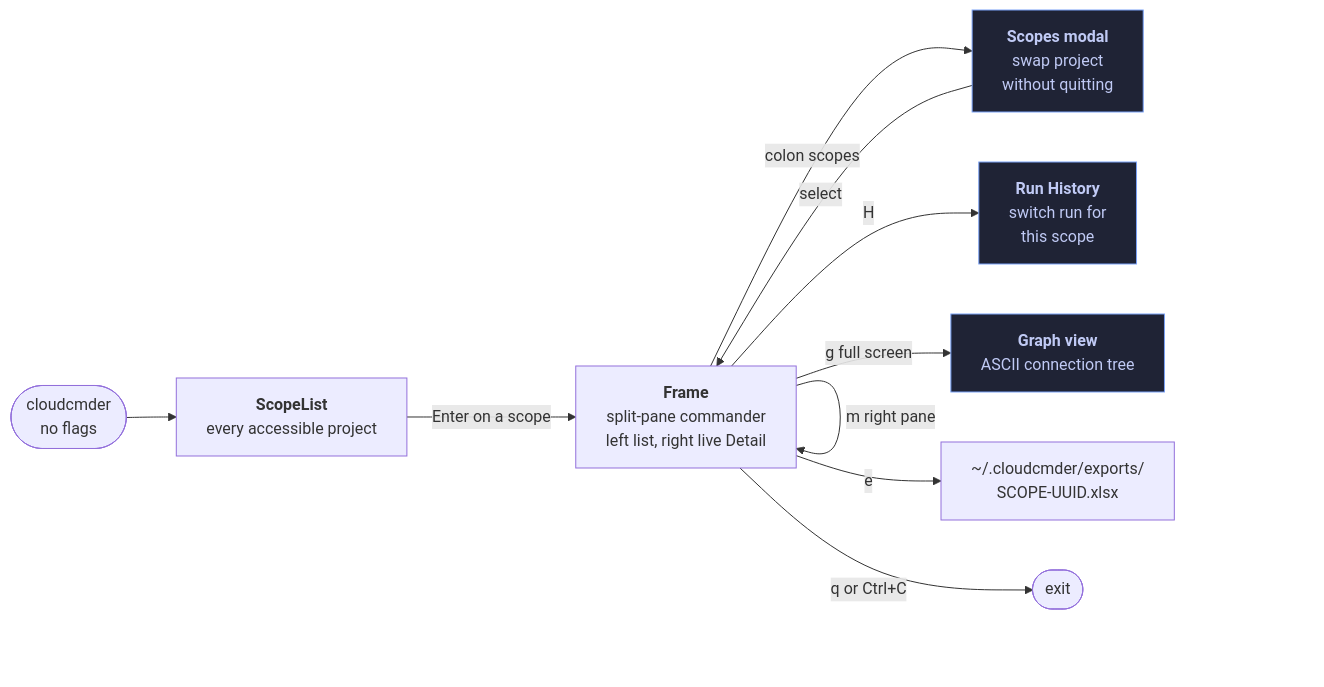
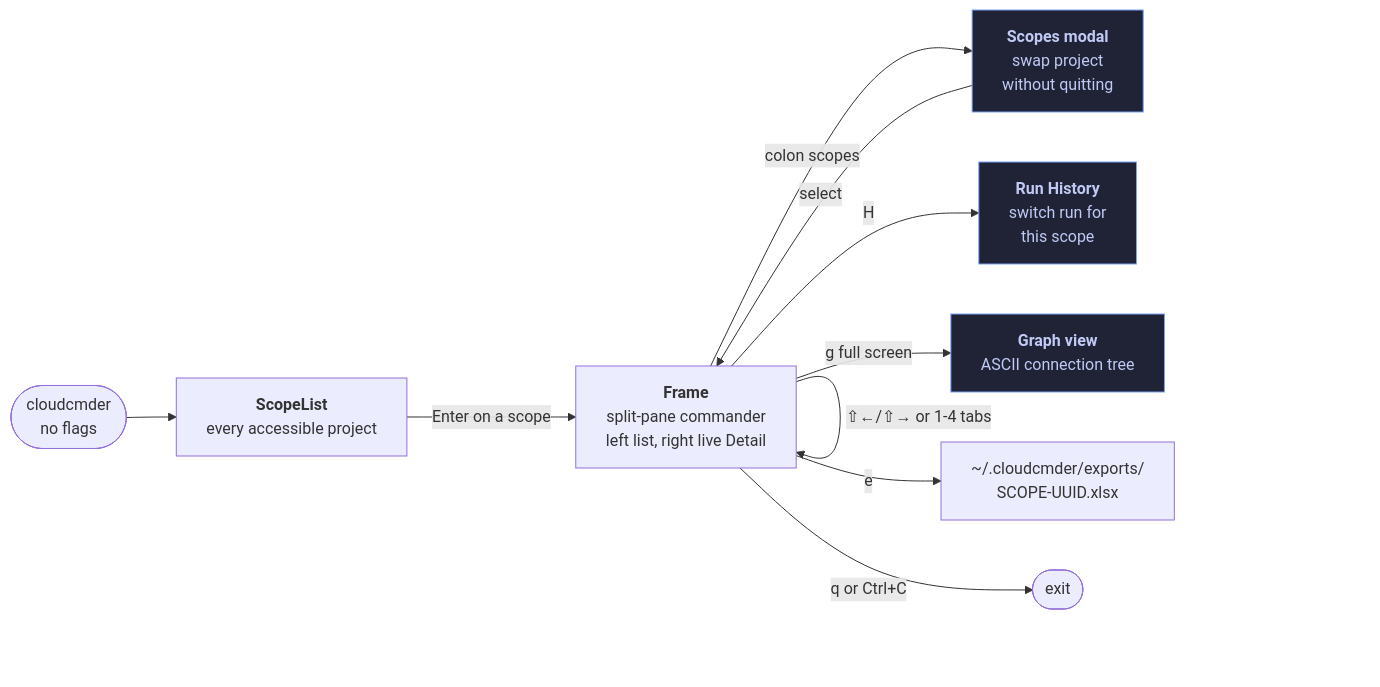
Before and after one commit to kontinuity-io/cloudcmder: the third of 3 diagrams in README.md, drawn with Mermaid. The commit also changed other lines of this file and 5 other files, not shown here.

````diff
--- a/README.md
+++ b/README.md
@@ -197,19 +197,19 @@
 ```mermaid
 flowchart LR
     Start(["cloudcmder<br/>no flags"]) --> Scopes["<b>ScopeList</b><br/>every accessible project"]
     Scopes -->|Enter on a scope| Frame
     Frame["<b>Frame</b><br/>split-pane commander<br/>left list, right live Detail"]
     Frame -->|Enter on kind row| Frame
     Frame -->|colon plus alias| Frame
     Frame -->|colon plus resource name| Frame
     Frame -->|colon scopes| ScopesModal["<b>Scopes modal</b><br/>swap project<br/>without quitting"]
     ScopesModal -->|select| Frame
     Frame -->|H| RunHistory["<b>Run History</b><br/>switch run for<br/>this scope"]
     Frame -->|g full screen| Graph["<b>Graph view</b><br/>ASCII connection tree"]
-    Frame -->|m right pane| Frame
+    Frame -->|"⇧←/⇧→ or 1-4 tabs"| Frame
     Frame -->|e| Excel["~/.cloudcmder/exports/<br/>SCOPE-UUID.xlsx"]
     Frame -->|q or Ctrl+C| Exit([exit])
 
     classDef modal fill:#1f2335,stroke:#7aa2f7,color:#c0caf5
     class ScopesModal,RunHistory,Graph modal
 ```
````
